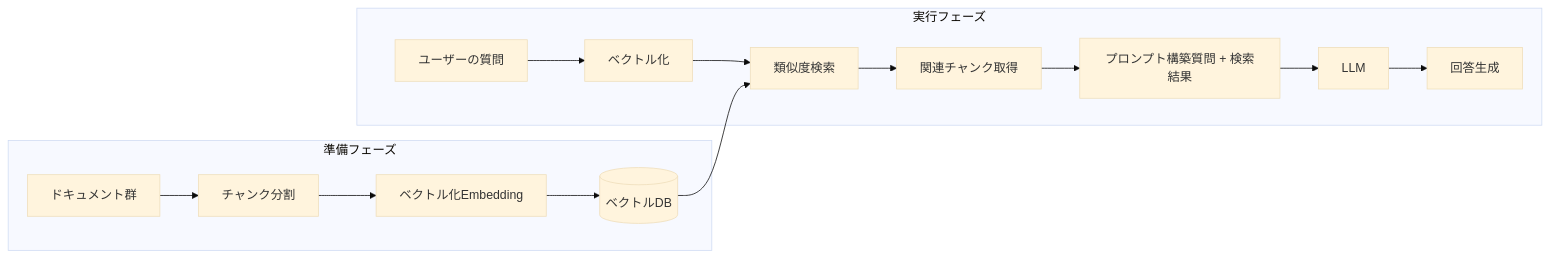
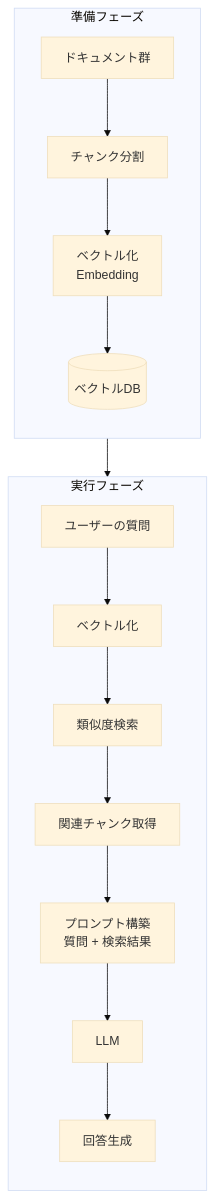
The third of 13 diagrams in docs/ja/concepts/04-ai-design-patterns.md (shuji-bonji/ai-agent-architecture), drawn with Mermaid (base theme) before and after one commit. The commit also changed other lines of this file and 8 other files, not shown here.

````diff
--- a/docs/ja/concepts/04-ai-design-patterns.md
+++ b/docs/ja/concepts/04-ai-design-patterns.md
@@ -70,18 +109,20 @@
 ```mermaid
-flowchart LR
+flowchart TB
     subgraph 準備フェーズ
+        direction TB
         D[ドキュメント群] --> C[チャンク分割]
-        C --> E[ベクトル化<bn>Embedding]
+        C --> E[ベクトル化<br>Embedding]
         E --> V[(ベクトルDB)]
     end
 
     subgraph 実行フェーズ
+        direction TB
         Q[ユーザーの質問] --> QE[ベクトル化]
         QE --> S[類似度検索]
         V --> S
         S --> R[関連チャンク取得]
-        R --> P[プロンプト構築<bn>質問 + 検索結果]
+        R --> P[プロンプト構築<br>質問 + 検索結果]
         P --> L[LLM]
         L --> A[回答生成]
     end
 ```
````
